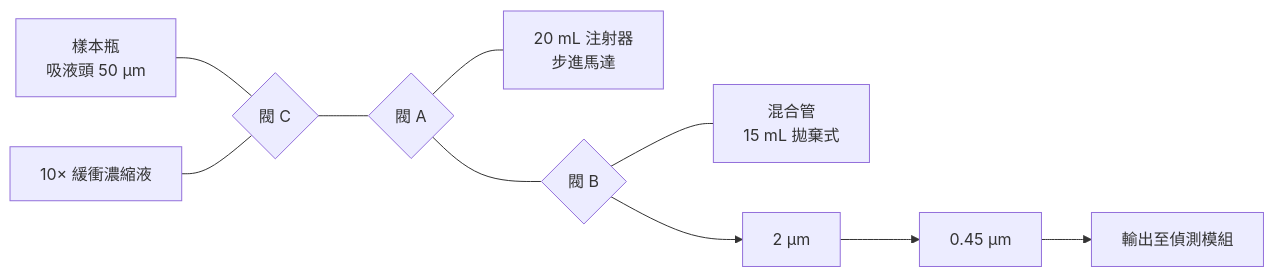
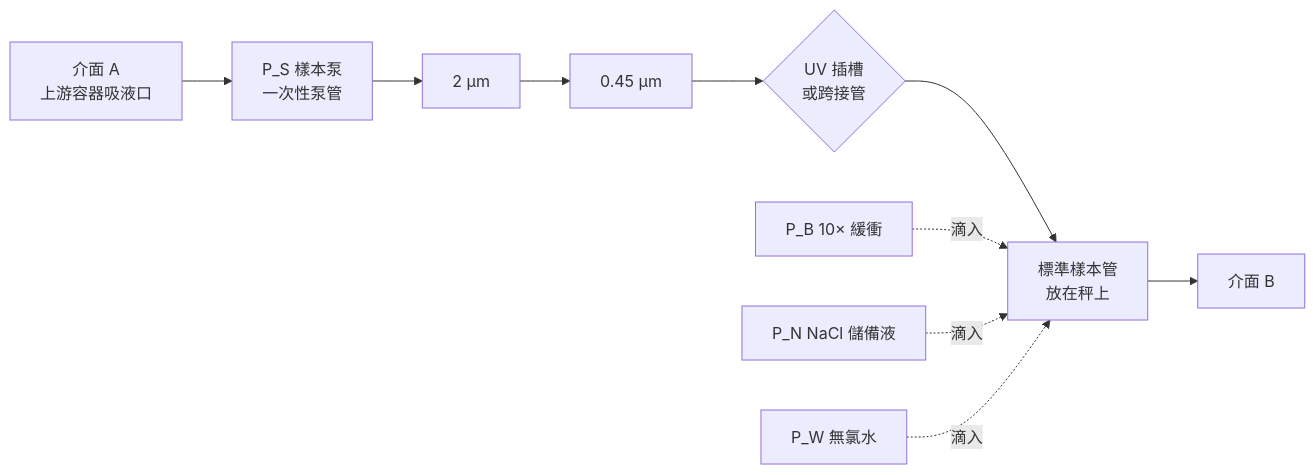
The second of 3 diagrams in docs/03-water-module.md (davidlueng986-alt/igem-mercury-extraction-platform), drawn with Mermaid before and after one commit. The commit also changed other lines of this file and 1 other file, not shown here.

````diff
--- a/docs/03-water-module.md
+++ b/docs/03-water-module.md
@@ -106,10 +99,11 @@
 ```mermaid
 flowchart LR
-  SB[樣本瓶<br/>吸液頭 50 µm] --- VC{閥 C}
-  BU[10× 緩衝濃縮液] --- VC
-  VC --- VA{閥 A}
-  VA --- SY[20 mL 注射器<br/>步進馬達]
-  VA --- VB{閥 B}
-  VB --- MT[混合管<br/>15 mL 拋棄式]
-  VB --> F1[2 µm] --> F2[0.45 µm] --> OUT[輸出至偵測模組]
+  A[介面 A<br/>上游容器吸液口] --> PS[P_S 樣本泵<br/>一次性泵管]
+  PS --> F1[2 µm] --> F2[0.45 µm]
+  F2 --> SL{UV 插槽<br/>或跨接管}
+  SL --> T[標準樣本管<br/>放在秤上]
+  PB[P_B 10× 緩衝] -.滴入.-> T
+  PN[P_N NaCl 儲備液] -.滴入.-> T
+  PW[P_W 無氯水] -.滴入.-> T
+  T --> B[介面 B]
 ```
````
